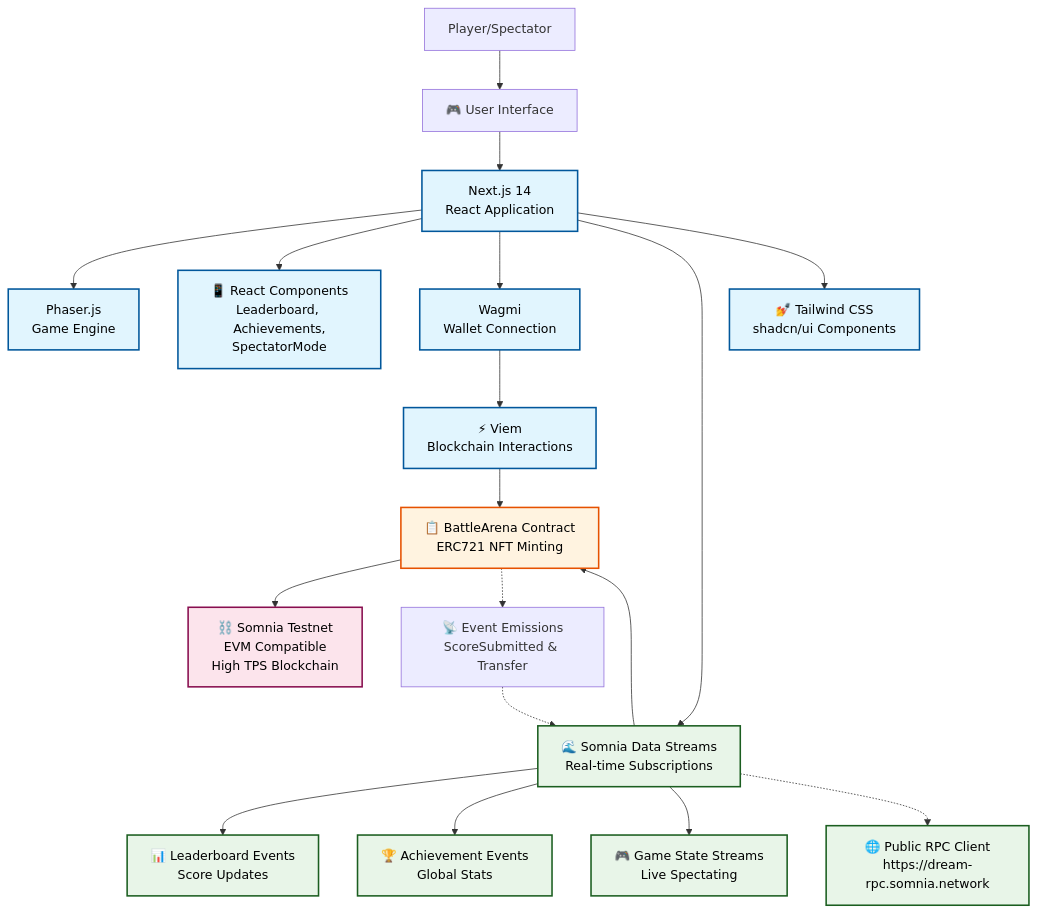
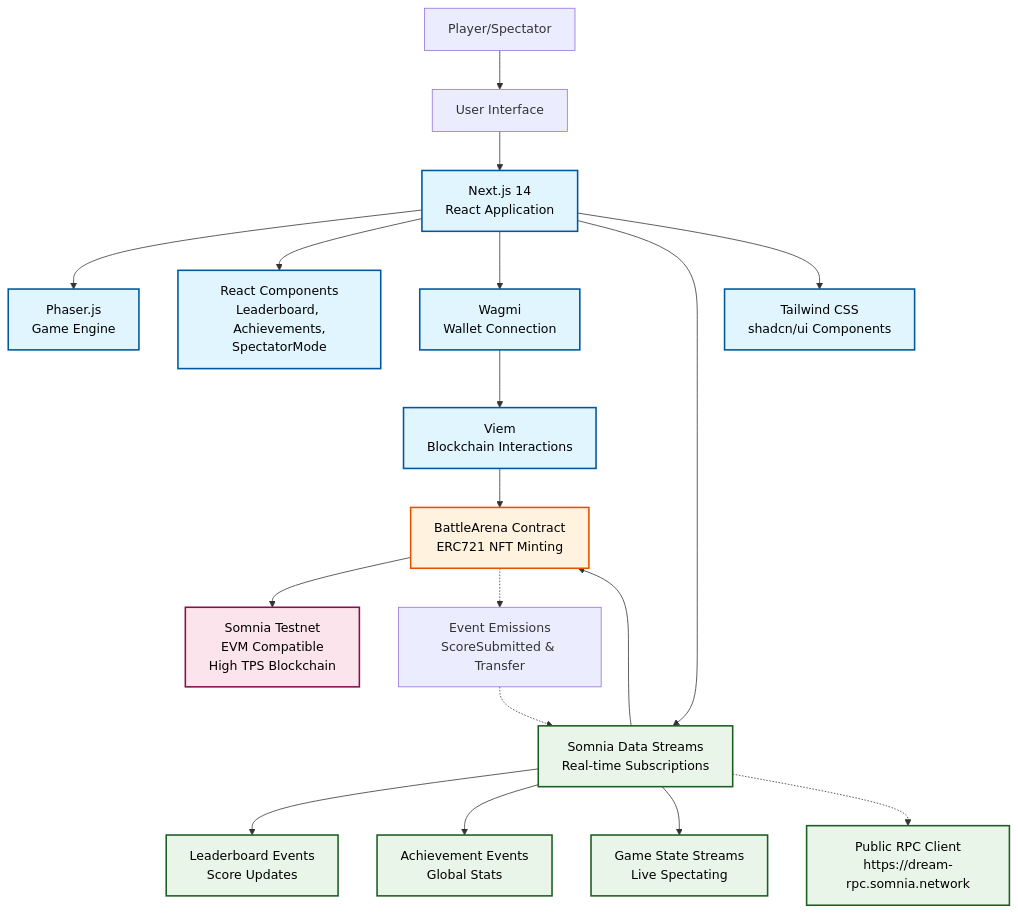
The diagram in README.md (Marvy247/Battle-Arena), drawn with Mermaid before and after one commit.

````diff
--- a/README.md
+++ b/README.md
@@ -55,49 +55,49 @@
 ```mermaid
 graph TB
     %% User Layer
-    User[ Player/Spectator] --> UI[🎮 User Interface]
+    User[Player/Spectator] --> UI[User Interface]
 
     %% Frontend Layer
-    UI --> NextJS[ Next.js 14<br/>React Application]
-    NextJS --> PhaserJS[ Phaser.js<br/>Game Engine]
-    NextJS --> Components[📱 React Components<br/>Leaderboard, Achievements,<br/>SpectatorMode]
+    UI --> NextJS[Next.js 14<br/>React Application]
+    NextJS --> PhaserJS[Phaser.js<br/>Game Engine]
+    NextJS --> Components[React Components<br/>Leaderboard, Achievements,<br/>SpectatorMode]
 
     %% Web3 Layer
-    NextJS --> Wagmi[ Wagmi<br/>Wallet Connection]
-    Wagmi --> Viem[⚡ Viem<br/>Blockchain Interactions]
+    NextJS --> Wagmi[Wagmi<br/>Wallet Connection]
+    Wagmi --> Viem[Viem<br/>Blockchain Interactions]
 
     %% Data Streaming Layer
-    NextJS --> SDS[🌊 Somnia Data Streams<br/>Real-time Subscriptions]
-    SDS --> Stream1[📊 Leaderboard Events<br/>Score Updates]
-    SDS --> Stream2[🏆 Achievement Events<br/>Global Stats]
-    SDS --> Stream3[🎮 Game State Streams<br/>Live Spectating]
+    NextJS --> SDS[Somnia Data Streams<br/>Real-time Subscriptions]
+    SDS --> Stream1[Leaderboard Events<br/>Score Updates]
+    SDS --> Stream2[Achievement Events<br/>Global Stats]
+    SDS --> Stream3[Game State Streams<br/>Live Spectating]
 
     %% Smart Contract Layer
-    Viem --> Contract[📋 BattleArena Contract<br/>ERC721 NFT Minting]
+    Viem --> Contract[BattleArena Contract<br/>ERC721 NFT Minting]
     SDS --> Contract
 
     %% Blockchain Layer
-    Contract --> SomniaTestnet[⛓️ Somnia Testnet<br/>EVM Compatible<br/>High TPS Blockchain]
+    Contract --> SomniaTestnet[Somnia Testnet<br/>EVM Compatible<br/>High TPS Blockchain]
 
     %% Data Flow
-    Contract -.-> Events[📡 Event Emissions<br/>ScoreSubmitted & Transfer]
+    Contract -.-> Events[Event Emissions<br/>ScoreSubmitted & Transfer]
     Events -.-> SDS
 
     %% Styling
-    NextJS --> Tailwind[💅 Tailwind CSS<br/>shadcn/ui Components]
+    NextJS --> Tailwind[Tailwind CSS<br/>shadcn/ui Components]
 
     %% External Services
-    SDS -.-> PublicClient[🌐 Public RPC Client<br/>https://dream-rpc.somnia.network]
+    SDS -.-> PublicClient[Public RPC Client<br/>https://dream-rpc.somnia.network]
 
     classDef frontend fill:#e1f5fe,stroke:#01579b,stroke-width:2px,color:#000000
     classDef web3 fill:#f3e5f5,stroke:#4a148c,stroke-width:2px,color:#000000
     classDef streaming fill:#e8f5e8,stroke:#1b5e20,stroke-width:2px,color:#000000
     classDef contract fill:#fff3e0,stroke:#e65100,stroke-width:2px,color:#000000
     classDef blockchain fill:#fce4ec,stroke:#880e4f,stroke-width:2px,color:#000000
 
     class NextJS,PhaserJS,Components,Tailwind frontend
     class Wagmi,Viem frontend
     class SDS,Stream1,Stream2,Stream3,PublicClient streaming
     class Contract contract
     class SomniaTestnet blockchain
 ```
````
